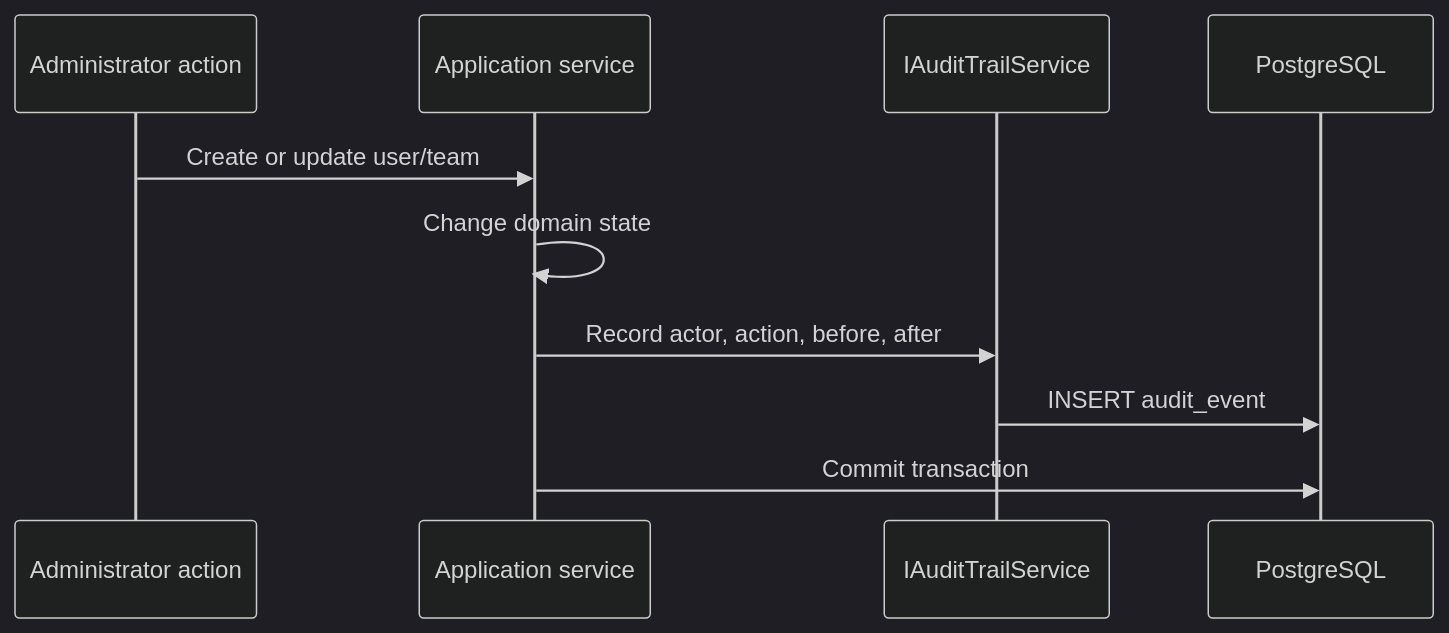
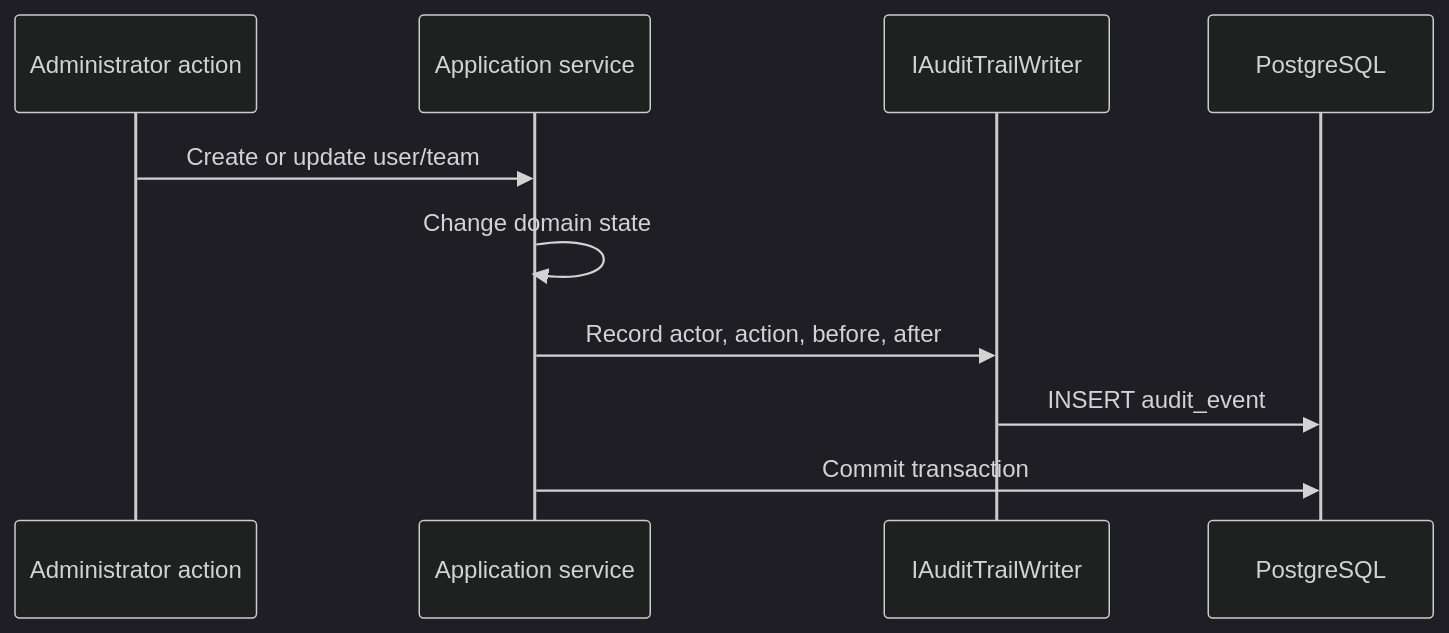
Before and after one commit to hadinajem52/WebHealthProject: the ninth of 13 diagrams in docs/phase-2/Assignment_and_Audit_Explained.md, drawn with Mermaid (dark theme). The commit also changed other lines of this file and 50 other files, not shown here.

````diff
--- a/docs/phase-2/Assignment_and_Audit_Explained.md
+++ b/docs/phase-2/Assignment_and_Audit_Explained.md
@@ -337,13 +341,13 @@
 ```mermaid
 sequenceDiagram
     participant Admin as Administrator action
     participant Service as Application service
-    participant Audit as IAuditTrailService
+    participant Audit as IAuditTrailWriter
     participant DB as PostgreSQL
 
     Admin->>Service: Create or update user/team
     Service->>Service: Change domain state
     Service->>Audit: Record actor, action, before, after
     Audit->>DB: INSERT audit_event
     Service->>DB: Commit transaction
 ```
````
